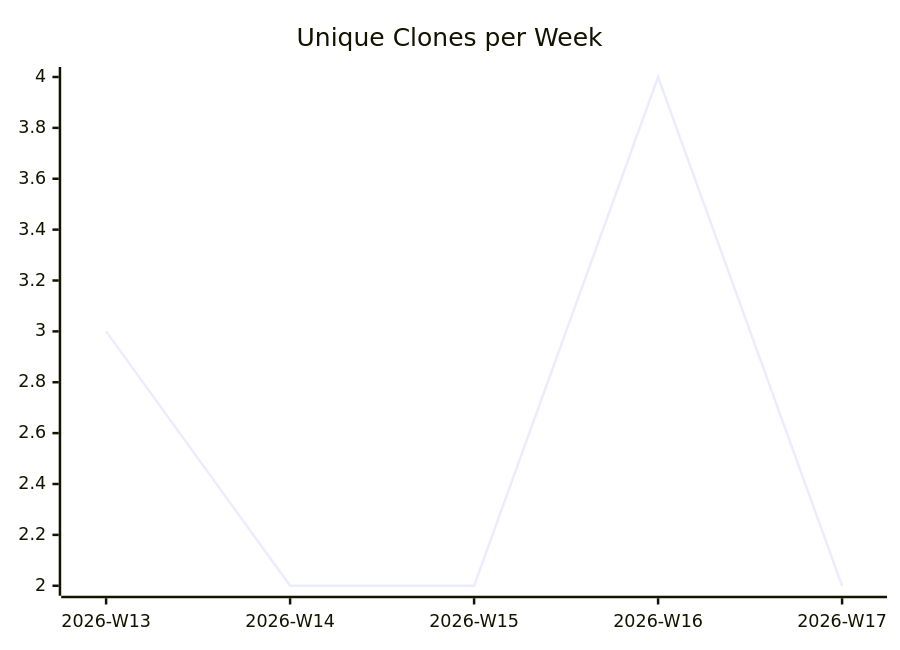
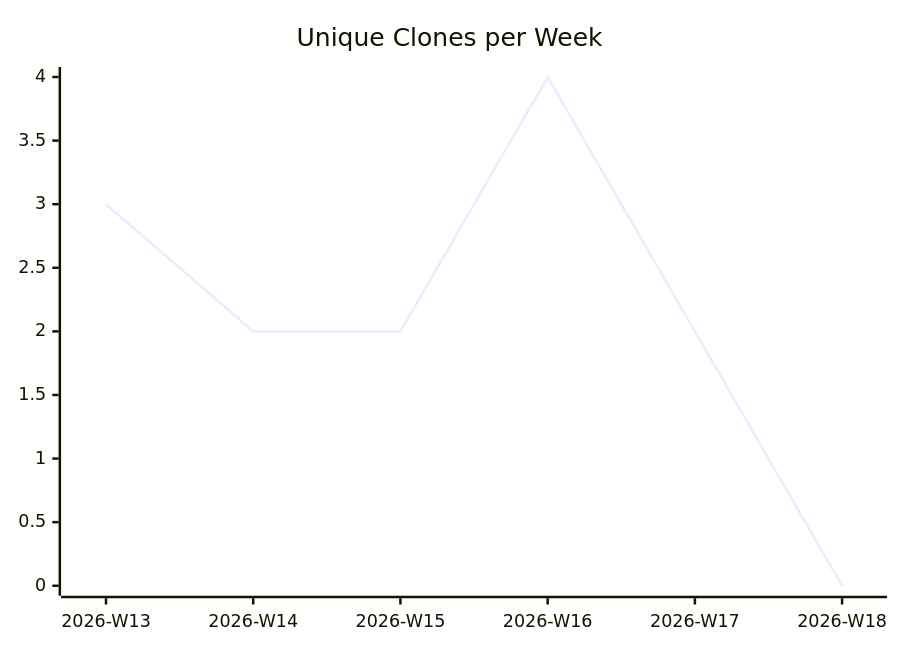
The third of 3 diagrams in karlmdavis/ansible-role-rcm-dotfiles/README.md (justdavis-family/github-analytics-data), drawn with Mermaid before and after one commit. The commit also changed other lines of this file and 184 other files, not shown here.

````diff
--- a/karlmdavis/ansible-role-rcm-dotfiles/README.md
+++ b/karlmdavis/ansible-role-rcm-dotfiles/README.md
@@ -19,6 +19,6 @@
 ```mermaid
 xychart-beta
   title "Unique Clones per Week"
-  x-axis ["2026-W13", "2026-W14", "2026-W15", "2026-W16", "2026-W17"]
-  line [3, 2, 2, 4, 2]
+  x-axis ["2026-W13", "2026-W14", "2026-W15", "2026-W16", "2026-W17", "2026-W18"]
+  line [3, 2, 2, 4, 2, 0]
 ```
````
